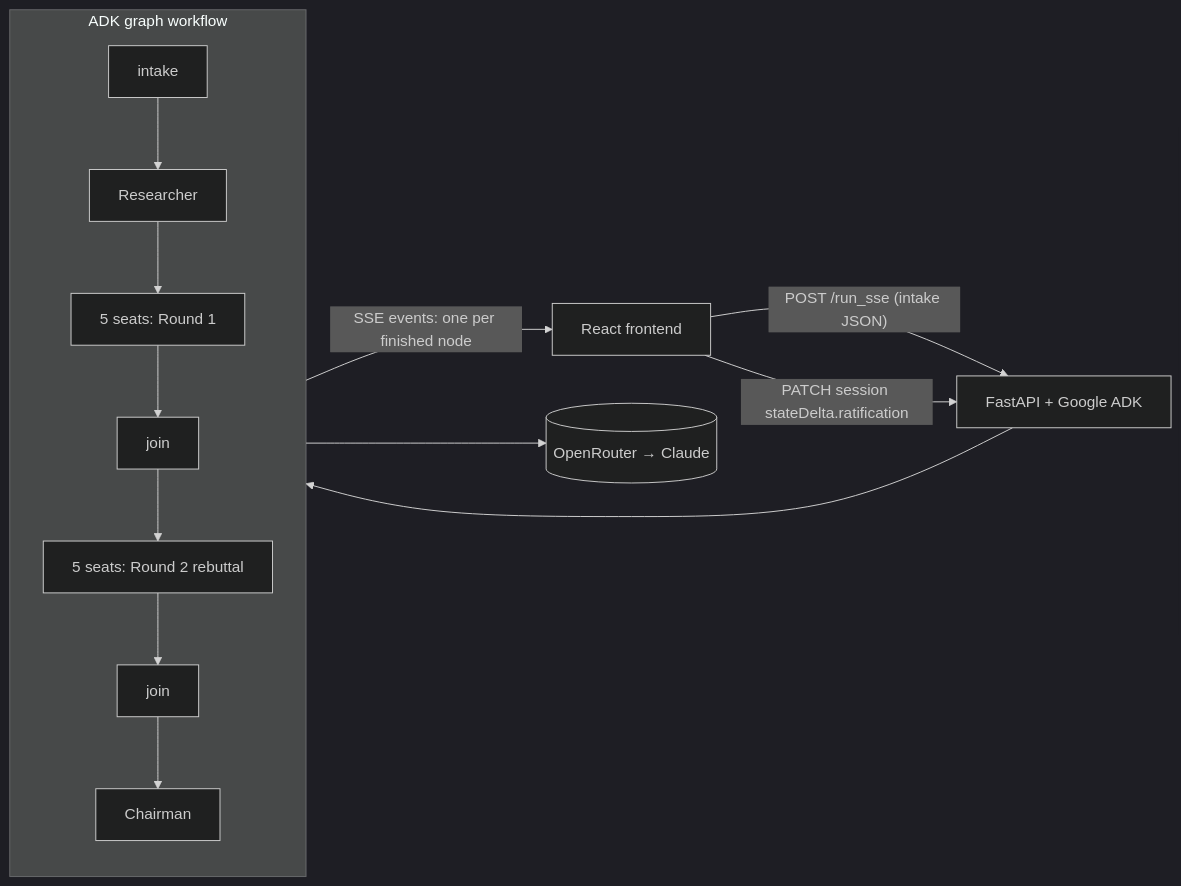
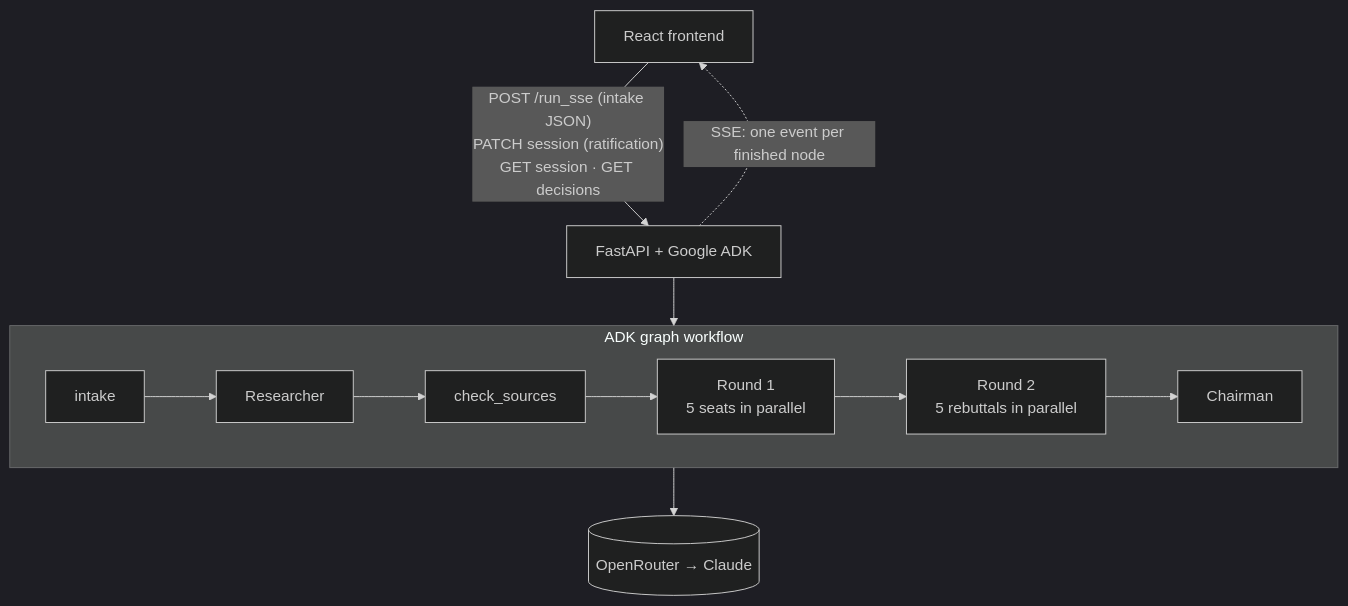
One commit to killerfrost22/crucible changed the diagram in README.md. Above: the diagram before and after it, drawn with Mermaid (dark theme). The commit also changed other lines of this file and 1 other file, not shown here.

````diff
--- a/README.md
+++ b/README.md
@@ -16,11 +49,13 @@
 ```mermaid
-flowchart LR
-  UI[React frontend] -- "POST /run_sse (intake JSON)" --> API[FastAPI + Google ADK]
+flowchart TB
+  UI["React frontend"]
+  API["FastAPI + Google ADK"]
+  UI -- "POST /run_sse (intake JSON)<br>PATCH session (ratification)<br>GET session · GET decisions" --> API
+  API -. "SSE: one event per finished node" .-> UI
   API --> W
-  subgraph W[ADK graph workflow]
-    I[intake] --> R[Researcher] --> R1[5 seats: Round 1] --> J1[join] --> R2[5 seats: Round 2 rebuttal] --> J2[join] --> C[Chairman]
+  subgraph W["ADK graph workflow"]
+    direction LR
+    I[intake] --> R[Researcher] --> S[check_sources] --> R1["Round 1<br>5 seats in parallel"] --> R2["Round 2<br>5 rebuttals in parallel"] --> C[Chairman]
   end
-  W -- "SSE events: one per finished node" --> UI
-  UI -- "PATCH session stateDelta.ratification" --> API
-  W --> G[("OpenRouter → Claude")]
+  W --> LLM[("OpenRouter → Claude")]
 ```
````
